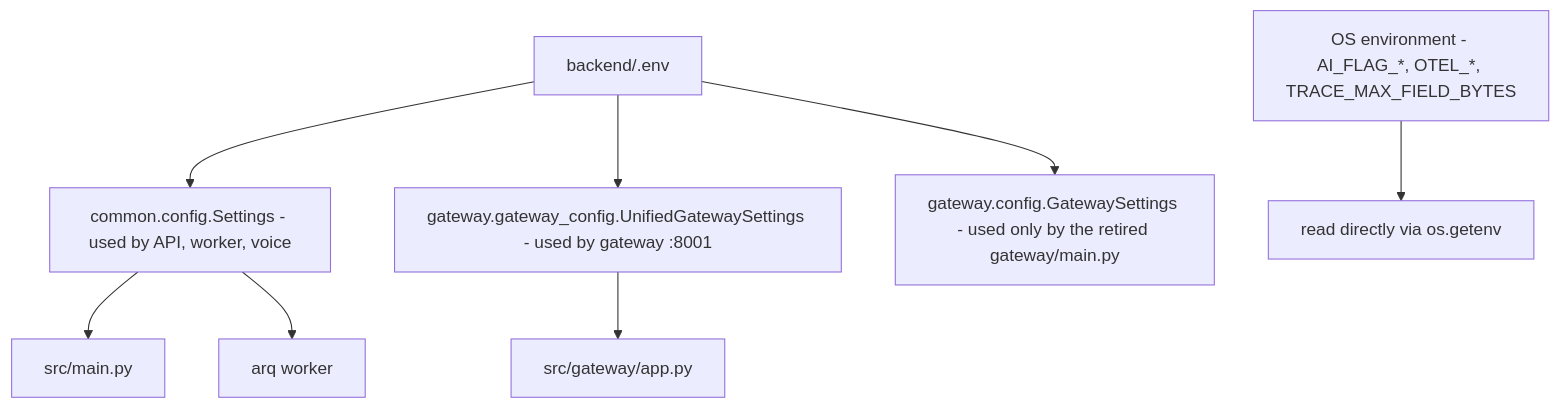
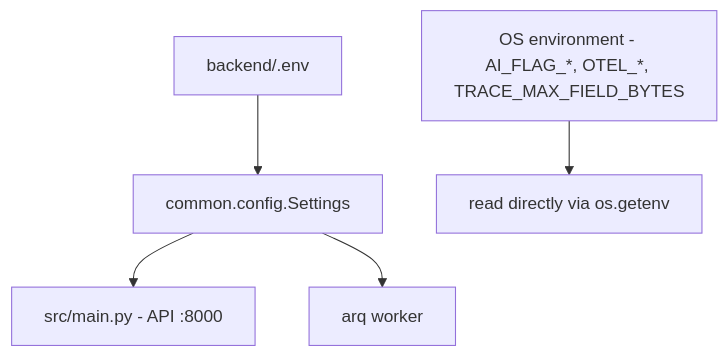
Before and after one commit to gondolerahul/hire-buddha-app: diagram 14 of 19 in docs/current/02-system-architecture.md, drawn with Mermaid. The commit also changed other lines of this file and 61 other files, not shown here.

````diff
--- a/docs/current/02-system-architecture.md
+++ b/docs/current/02-system-architecture.md
@@ -1004,10 +944,7 @@
 ```mermaid
 graph TB
-    ENV["backend/.env"] --> S1["common.config.Settings - used by API, worker, voice"]
-    ENV --> S2["gateway.gateway_config.UnifiedGatewaySettings - used by gateway :8001"]
-    ENV --> S3["gateway.config.GatewaySettings - used only by the retired gateway/main.py"]
+    ENV["backend/.env"] --> S1["common.config.Settings"]
     OSENV["OS environment - AI_FLAG_*, OTEL_*, TRACE_MAX_FIELD_BYTES"] --> RUNTIME["read directly via os.getenv"]
-    S1 --> API["src/main.py"]
+    S1 --> API["src/main.py - API :8000"]
     S1 --> WK["arq worker"]
-    S2 --> GW["src/gateway/app.py"]
 ```
````
